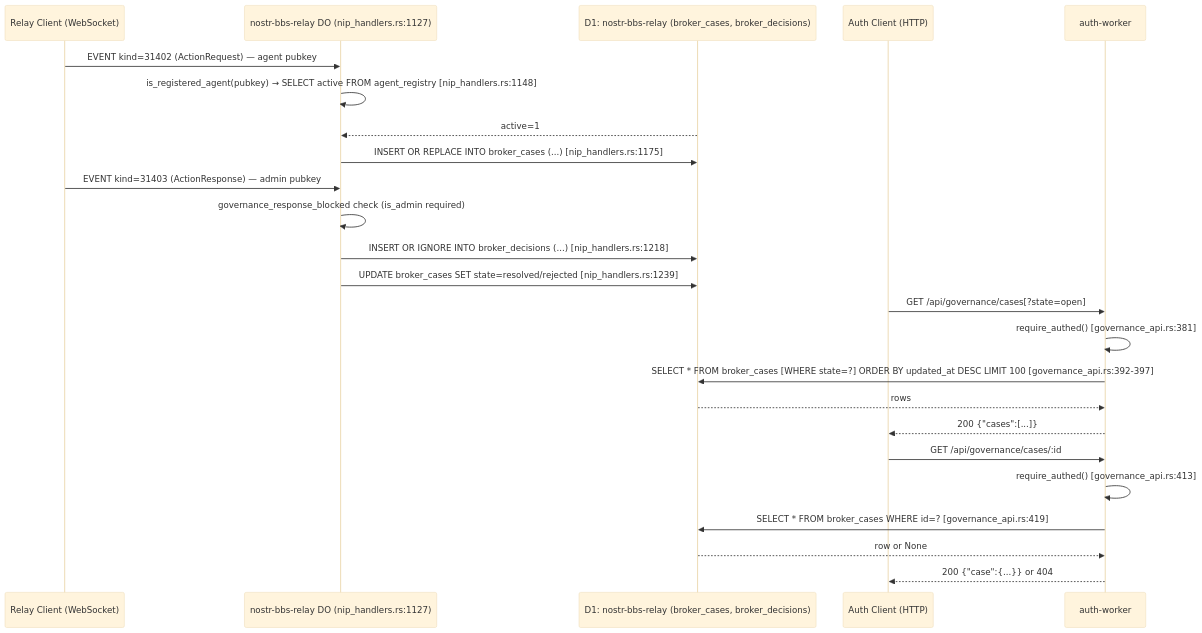
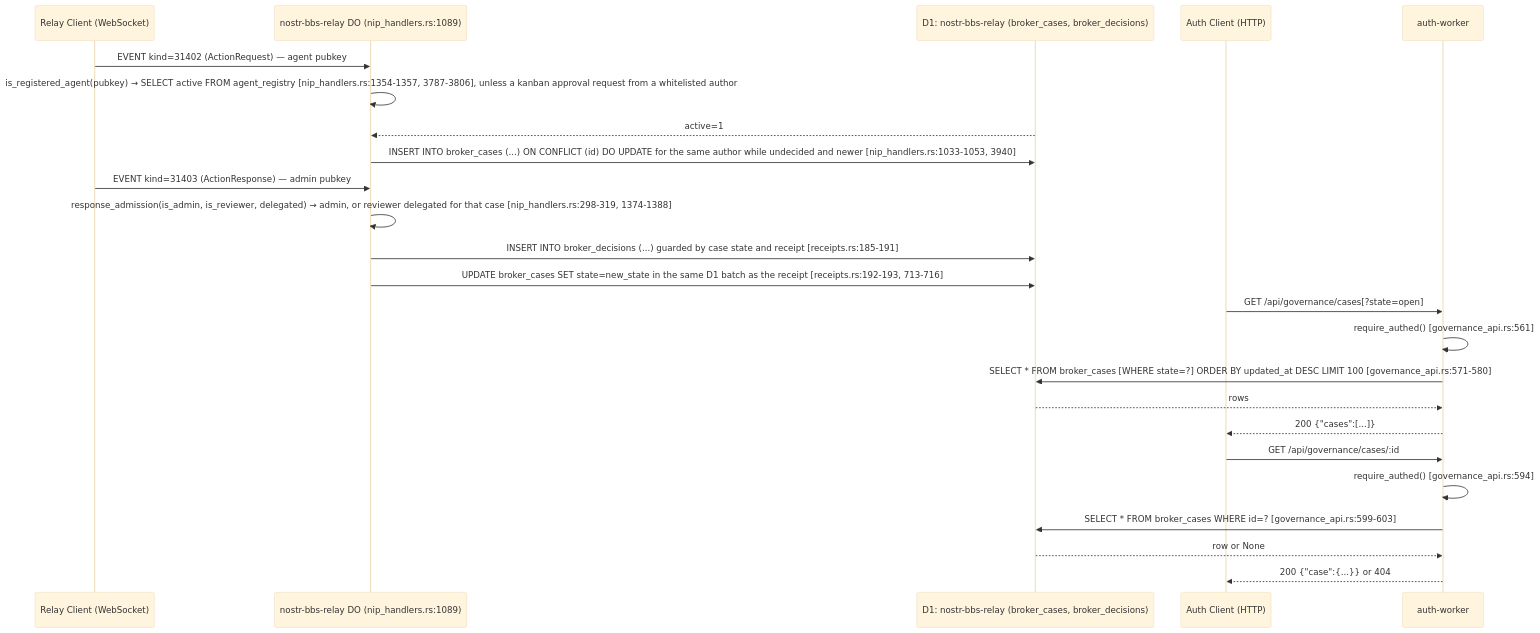
One commit to DreamLab-AI/nostr-rust-forum changed the sixth of 7 diagrams in docs/diagrams/auth-governance-flows.md. Above: the diagram before and after it, drawn with Mermaid (base theme). The commit also changed other lines of this file and 4 other files, not shown here.

First line of the commit message:
docs(diagrams): bring the diagram corpus up to 3c48e26 (NIP-09 tombstones, deletion sync, NIP-42 receipts, per-identity zone keys)

````diff
--- a/docs/diagrams/auth-governance-flows.md
+++ b/docs/diagrams/auth-governance-flows.md
@@ -204,30 +213,30 @@
 ```mermaid
 sequenceDiagram
     participant RC as Relay Client (WebSocket)
-    participant RDO as nostr-bbs-relay DO (nip_handlers.rs:1127)
+    participant RDO as nostr-bbs-relay DO (nip_handlers.rs:1089)
     participant D1R as D1: nostr-bbs-relay (broker_cases, broker_decisions)
     participant AC as Auth Client (HTTP)
     participant W as auth-worker
 
     RC->>RDO: EVENT kind=31402 (ActionRequest) — agent pubkey
-    RDO->>RDO: is_registered_agent(pubkey) → SELECT active FROM agent_registry [nip_handlers.rs:1148]
+    RDO->>RDO: is_registered_agent(pubkey) → SELECT active FROM agent_registry [nip_handlers.rs:1354-1357, 3787-3806], unless a kanban approval request from a whitelisted author
     D1R-->>RDO: active=1
-    RDO->>D1R: INSERT OR REPLACE INTO broker_cases (...) [nip_handlers.rs:1175]
+    RDO->>D1R: INSERT INTO broker_cases (...) ON CONFLICT (id) DO UPDATE for the same author while undecided and newer [nip_handlers.rs:1033-1053, 3940]
 
     RC->>RDO: EVENT kind=31403 (ActionResponse) — admin pubkey
-    RDO->>RDO: governance_response_blocked check (is_admin required)
-    RDO->>D1R: INSERT OR IGNORE INTO broker_decisions (...) [nip_handlers.rs:1218]
-    RDO->>D1R: UPDATE broker_cases SET state=resolved/rejected [nip_handlers.rs:1239]
+    RDO->>RDO: response_admission(is_admin, is_reviewer, delegated) → admin, or reviewer delegated for that case [nip_handlers.rs:298-319, 1374-1388]
+    RDO->>D1R: INSERT INTO broker_decisions (...) guarded by case state and receipt [receipts.rs:185-191]
+    RDO->>D1R: UPDATE broker_cases SET state=new_state in the same D1 batch as the receipt [receipts.rs:192-193, 713-716]
 
     AC->>W: GET /api/governance/cases[?state=open]
-    W->>W: require_authed() [governance_api.rs:381]
-    W->>D1R: SELECT * FROM broker_cases [WHERE state=?] ORDER BY updated_at DESC LIMIT 100 [governance_api.rs:392-397]
+    W->>W: require_authed() [governance_api.rs:561]
+    W->>D1R: SELECT * FROM broker_cases [WHERE state=?] ORDER BY updated_at DESC LIMIT 100 [governance_api.rs:571-580]
     D1R-->>W: rows
     W-->>AC: 200 {"cases":[...]}
 
     AC->>W: GET /api/governance/cases/:id
-    W->>W: require_authed() [governance_api.rs:413]
-    W->>D1R: SELECT * FROM broker_cases WHERE id=? [governance_api.rs:419]
+    W->>W: require_authed() [governance_api.rs:594]
+    W->>D1R: SELECT * FROM broker_cases WHERE id=? [governance_api.rs:599-603]
     D1R-->>W: row or None
     W-->>AC: 200 {"case":{...}} or 404
 ```
````
